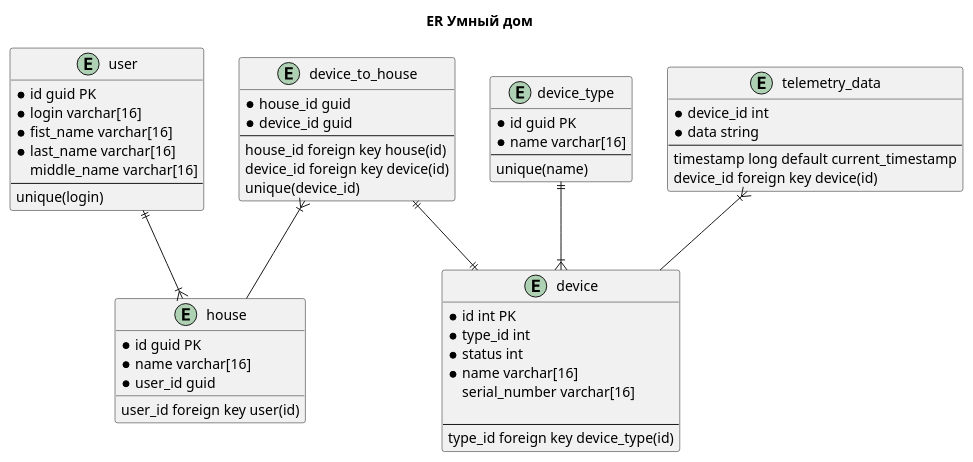
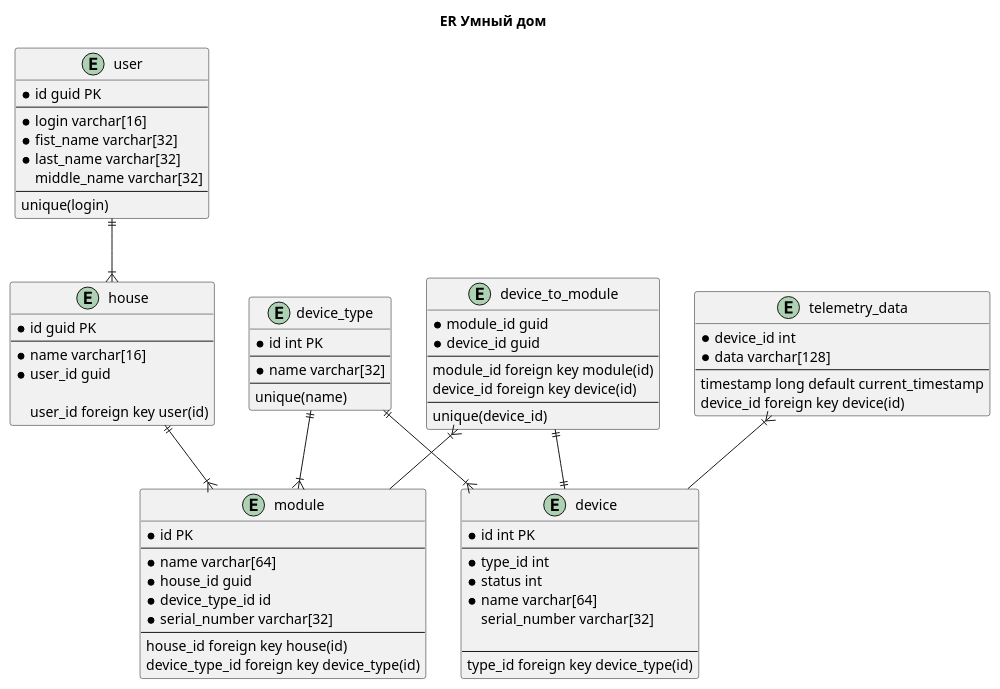
Before and after one commit to VitaliySid/architecture-sprint-3: the diagram in diagrams/er/er-diagram.puml, drawn with PlantUML. The commit also changed 11 other files, not shown here.

```diff
--- a/diagrams/er/er-diagram.puml
+++ b/diagrams/er/er-diagram.puml
@@ -1,68 +1,86 @@
-@startuml ER Умный дом
+@startuml er-diagram
 
 title ER Умный дом
 
 entity user {
   * id guid PK
+  --
   * login varchar[16]
-  * fist_name varchar[16]
-  * last_name varchar[16]
-  middle_name varchar[16]
+  * fist_name varchar[32]
+  * last_name varchar[32]
+  middle_name varchar[32]
   --
   unique(login)
 }
 
 entity house {
   * id guid PK
+  --
   * name varchar[16]
   * user_id guid
 
   user_id foreign key user(id)
 }
 
 entity device_type {
-  * id guid PK
-  * name varchar[16]
+  * id int PK
+  --
+  * name varchar[32]
   --
   unique(name)
 }
 
 entity device {
   * id int PK
+  --
   * type_id int
   * status int
-  * name varchar[16]
-  serial_number varchar[16]
+  * name varchar[64]
+  serial_number varchar[32]
   
   --
   type_id foreign key device_type(id)
 }
 
-entity device_to_house {
-   * house_id guid
+entity device_to_module {
+   * module_id guid
    * device_id guid
    --
-   house_id foreign key house(id)
+   module_id foreign key module(id)
    device_id foreign key device(id)
+   --
    unique(device_id)
 }
 
 entity telemetry_data {
   * device_id int
-  * data string
+  * data varchar[128]
   --
   timestamp long default current_timestamp
   device_id foreign key device(id)
 }
 
+entity module {
+  * id PK
+  --
+  * name varchar[64]
+  * house_id guid
+  * device_type_id id
+  * serial_number varchar[32]
+  --
+  house_id foreign key house(id)
+  device_type_id foreign key device_type(id)
+}
 
 device_type ||--|{ device
+device_type ||--|{ module
+house ||--|{ module
 
-device_to_house ||--|| device
-device_to_house }|-- house
+device_to_module ||--|| device
+device_to_module }|-- module
 
 telemetry_data }|-- device
 
 user ||--|{ house
 
 @enduml
```
